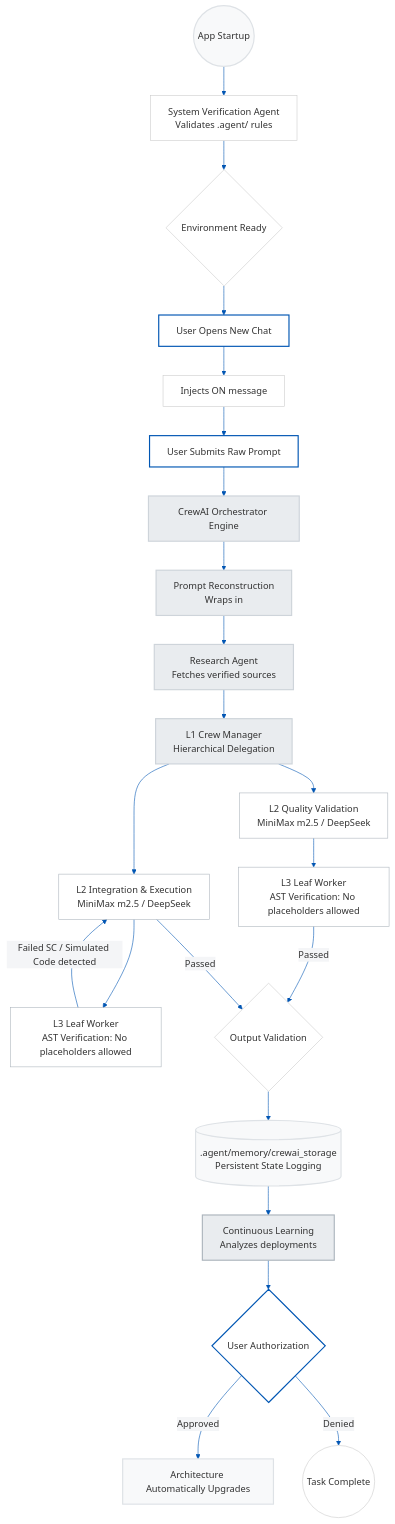
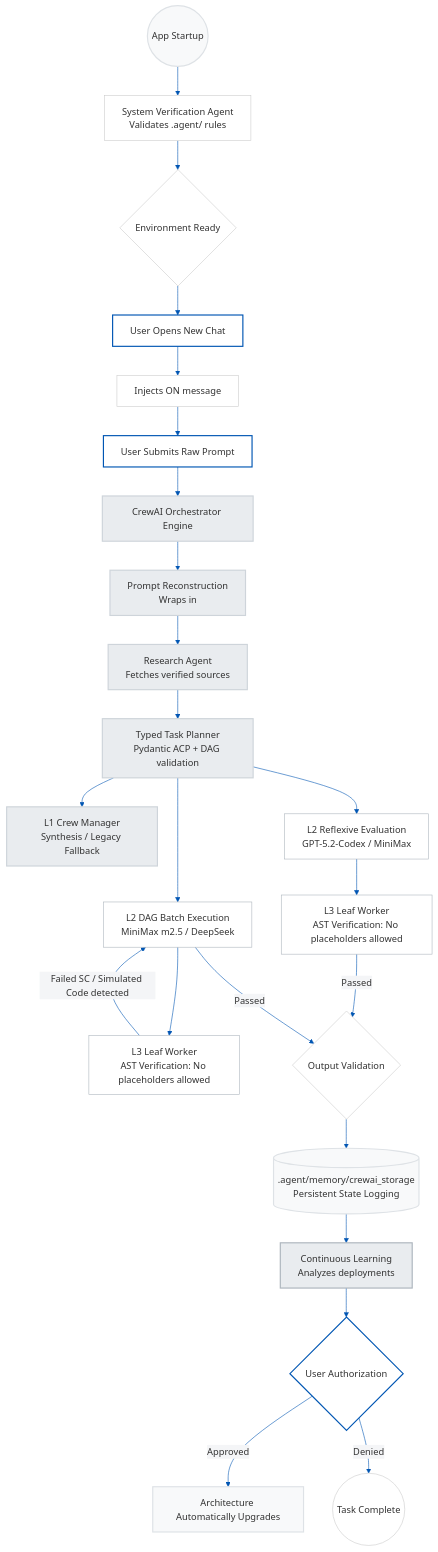
The second of 3 diagrams in README.md (Victordtesla24/3-tier-multi-agent-architecture), drawn with Mermaid before and after one commit. The commit also changed other lines of this file and 14 other files, not shown here.

Commit message:
feat(runtime): harden CrewAI execution with task graph telemetry

````diff
--- a/README.md
+++ b/README.md
@@ -187,46 +187,47 @@
 ```mermaid
 %%{init: {'theme': 'base', 'themeVariables': { 'primaryColor': '#ffffff', 'primaryTextColor': '#333333', 'primaryBorderColor': '#cccccc', 'lineColor': '#0056b3', 'secondaryColor': '#f4f5f7', 'tertiaryColor': '#e1e4e8'}}}%%
 flowchart TD
     %% Executive Styling
     classDef user fill:#ffffff,stroke:#0056b3,stroke-width:2px,color:#333333;
     classDef init fill:#f8f9fa,stroke:#dee2e6,stroke-width:2px,color:#333333;
     classDef core fill:#e9ecef,stroke:#ced4da,stroke-width:2px,color:#333333;
     classDef worker fill:#ffffff,stroke:#adb5bd,stroke-width:1px,color:#333333;
     classDef storage fill:#f8f9fa,stroke:#dee2e6,stroke-width:2px,color:#333333;
     classDef review fill:#e9ecef,stroke:#adb5bd,stroke-width:2px,color:#333333;
 
     %% Global Initialization
     START(("App Startup")):::init --> VERIFY["System Verification Agent<br/>Validates .agent/ rules"]
     VERIFY --> READY{"Environment Ready"}
 
     %% User Interaction
     NEW_CHAT["User Opens New Chat"]:::user --> MSG["Injects ON message"]
     READY --> NEW_CHAT
     MSG --> PROMPT["User Submits Raw Prompt"]:::user
 
     %% Engine execution (State Machine -> CrewAI Orchestrator)
     PROMPT --> ORCHESTRATOR["CrewAI Orchestrator Engine"]:::core
     
     %% Pipeline Execution
     ORCHESTRATOR --> RECONSTRUCT["Prompt Reconstruction<br/>Wraps in <input_data>"]:::core
     RECONSTRUCT --> RESEARCH["Research Agent<br/>Fetches verified sources"]:::core
-    RESEARCH --> L1["L1 Crew Manager<br/>Hierarchical Delegation"]:::core
+    RESEARCH --> PLAN["Typed Task Planner<br/>Pydantic ACP + DAG validation"]:::core
+    PLAN --> L1["L1 Crew Manager<br/>Synthesis / Legacy Fallback"]:::core
     
     %% L2 / L3 Delegation
-    L1 --> L2_A["L2 Integration & Execution<br/>MiniMax m2.5 / DeepSeek"]:::worker
-    L1 --> L2_B["L2 Quality Validation<br/>MiniMax m2.5 / DeepSeek"]:::worker
+    PLAN --> L2_A["L2 DAG Batch Execution<br/>MiniMax m2.5 / DeepSeek"]:::worker
+    PLAN --> L2_B["L2 Reflexive Evaluation<br/>GPT-5.2-Codex / MiniMax"]:::worker
     L2_A --> L3_A["L3 Leaf Worker<br/>AST Verification: No placeholders allowed"]:::worker
     L2_B --> L3_B["L3 Leaf Worker<br/>AST Verification: No placeholders allowed"]:::worker
 
     %% Feedback loop
     L3_A -- Failed SC / Simulated Code detected --> L2_A
     L3_B -- Passed --> VALIDATION{"Output Validation"}
     L2_A -- Passed --> VALIDATION
 
     %% Memory and Post-processing
     VALIDATION --> MEMORY[(".agent/memory/crewai_storage<br/>Persistent State Logging")]:::storage
     MEMORY --> LEARNING["Continuous Learning<br/>Analyzes deployments"]:::review
     LEARNING --> APPROVAL{User Authorization}:::user
     APPROVAL -- "Approved" --> UPDATE[Architecture Automatically Upgrades]:::init
     APPROVAL -- "Denied" --> END((Task Complete))
 ```
````
